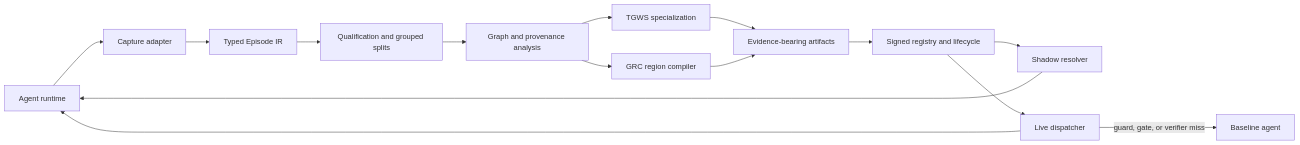
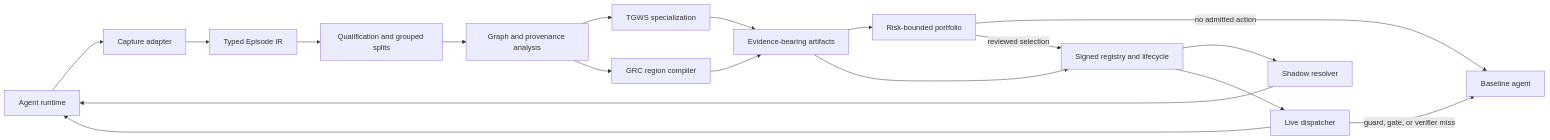
The diagram in docs/library-api.md (rrahimi-uci/guarded-agentic-compaction), drawn with Mermaid before and after one commit. The commit also changed other lines of this file and 57 other files, not shown here.

Commit message:
Add measured action portfolio and align documentation

````diff
--- a/docs/library-api.md
+++ b/docs/library-api.md
@@ -10,17 +10,20 @@
 ```mermaid
 flowchart LR
     A[Agent runtime] --> B[Capture adapter]
     B --> C[Typed Episode IR]
     C --> D[Qualification and grouped splits]
     D --> E[Graph and provenance analysis]
     E --> F[TGWS specialization]
     E --> G[GRC region compiler]
     F --> H[Evidence-bearing artifacts]
     G --> H
+    H --> P[Risk-bounded portfolio]
+    P -->|no admitted action| L
+    P -->|reviewed selection| I
     H --> I[Signed registry and lifecycle]
     I --> J[Shadow resolver]
     I --> K[Live dispatcher]
     J --> A
     K --> A
     K -->|guard, gate, or verifier miss| L[Baseline agent]
 ```
````
